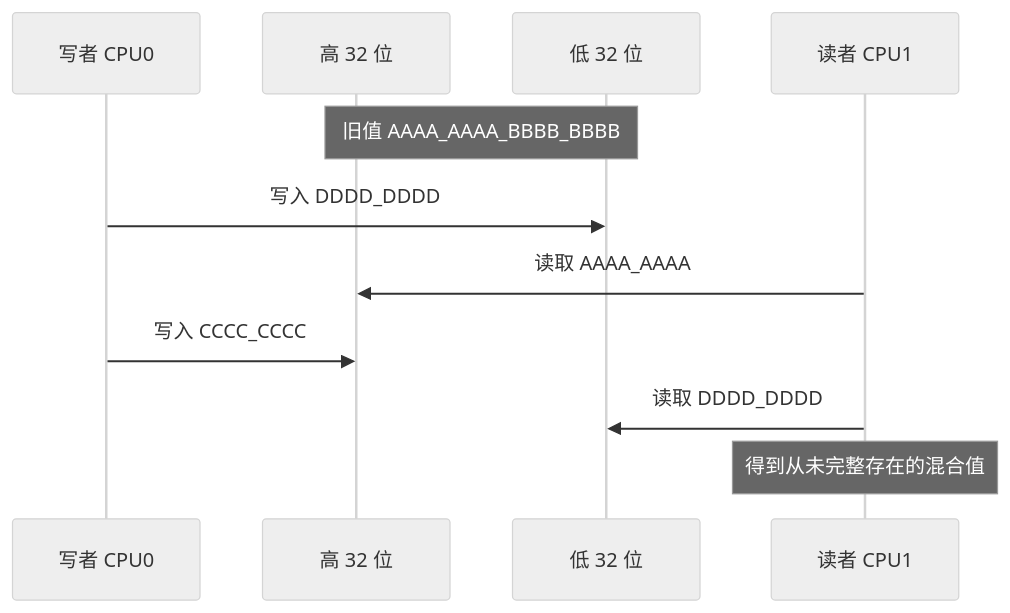
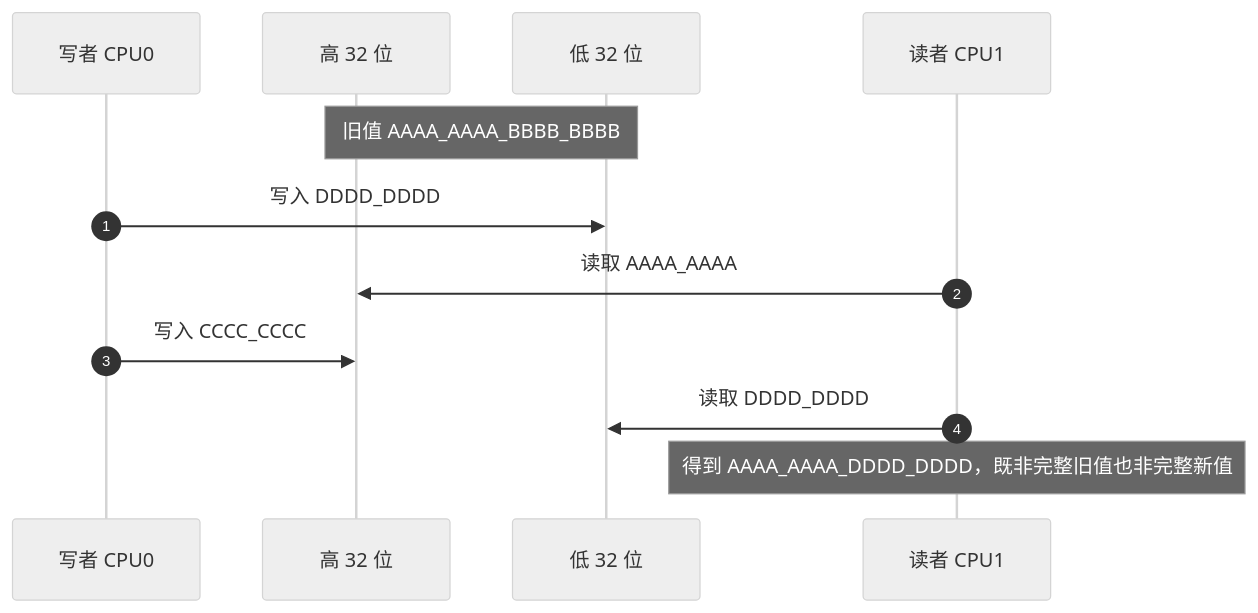
The diagram in knowledge/foundations/computer_architecture/memory_ordering/P02_访问粒度_对齐与撕裂.md (FormingSystem/linux_note), drawn with Mermaid (neutral theme) before and after one commit. The commit also changed other lines of this file and 9 other files, not shown here.

First line of the commit message:
content(architecture/memory): 完善内存顺序推导与编译证据边界

````diff
--- a/knowledge/foundations/computer_architecture/memory_ordering/P02_访问粒度_对齐与撕裂.md
+++ b/knowledge/foundations/computer_architecture/memory_ordering/P02_访问粒度_对齐与撕裂.md
@@ -48,13 +50,14 @@
 ```mermaid
 sequenceDiagram
+    autonumber
     participant W as 写者 CPU0
     participant HI as 高 32 位
     participant LO as 低 32 位
     participant R as 读者 CPU1
     Note over HI,LO: 旧值 AAAA_AAAA_BBBB_BBBB
     W->>LO: 写入 DDDD_DDDD
     R->>HI: 读取 AAAA_AAAA
     W->>HI: 写入 CCCC_CCCC
     R->>LO: 读取 DDDD_DDDD
-    Note over R: 得到从未完整存在的混合值
+    Note over R: 得到 AAAA_AAAA_DDDD_DDDD，既非完整旧值也非完整新值
 ```
````
